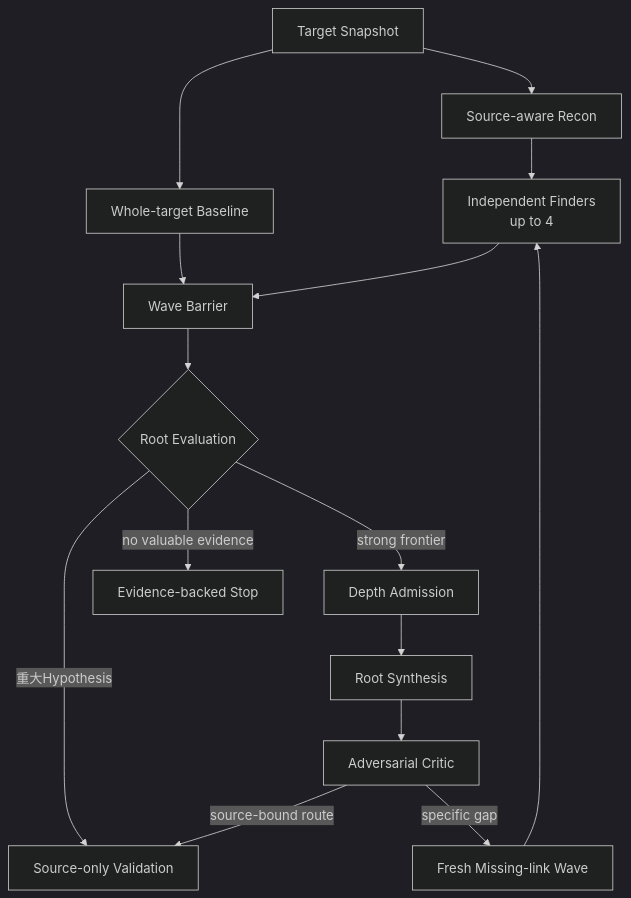
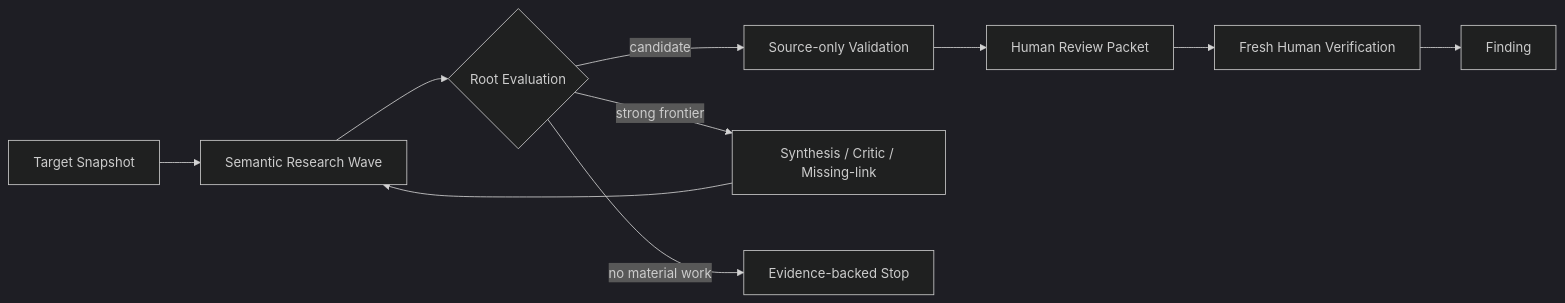
Before and after one commit to momoponwork1415-lgtm/wordpress-harness: the diagram in docs/ARCHITECTURE.md, drawn with Mermaid (dark theme). The commit also changed other lines of this file and 23 other files, not shown here.

````diff
--- a/docs/ARCHITECTURE.md
+++ b/docs/ARCHITECTURE.md
@@ -40,26 +38,12 @@
 ```mermaid
-flowchart TB
-    target["Target Snapshot"]
-    recon["Source-aware Recon"]
-    baseline["Whole-target Baseline"]
-    finders["Independent Finders<br/>up to 4"]
-    barrier["Wave Barrier"]
-    evaluate{"Root Evaluation"}
-    validate["Source-only Validation"]
-    depth["Depth Admission"]
-    synth["Root Synthesis"]
-    critic["Adversarial Critic"]
-    missing["Fresh Missing-link Wave"]
-    stop["Evidence-backed Stop"]
-
-    target --> recon
-    target --> baseline
-    recon --> finders
-    baseline --> barrier
-    finders --> barrier --> evaluate
-    evaluate -->|"重大Hypothesis"| validate
-    evaluate -->|"strong frontier"| depth --> synth --> critic
-    critic -->|"specific gap"| missing --> finders
-    critic -->|"source-bound route"| validate
-    evaluate -->|"no valuable evidence"| stop
+flowchart LR
+    target["Target Snapshot"] --> wave["Semantic Research Wave"]
+    wave --> eval{"Root Evaluation"}
+    eval -->|"candidate"| validation["Source-only Validation"]
+    eval -->|"strong frontier"| depth["Synthesis / Critic / Missing-link"]
+    depth --> wave
+    eval -->|"no material work"| close["Evidence-backed Stop"]
+    validation --> packet["Human Review Packet"]
+    packet --> human["Fresh Human Verification"]
+    human --> finding["Finding"]
 ```
````
